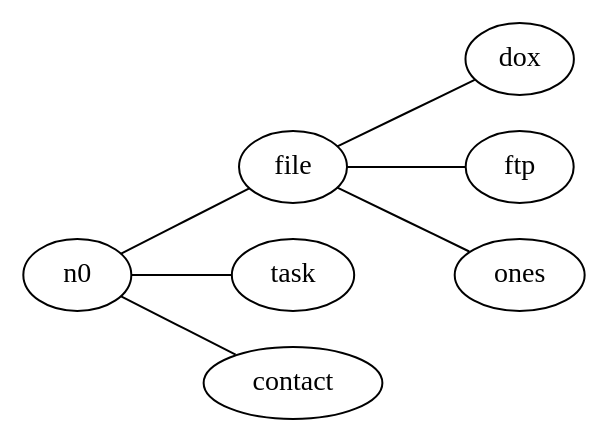
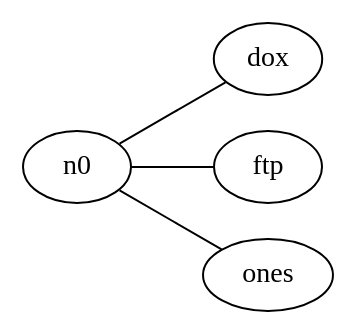
One commit to tieugene/dasarchive changed the diagram in trunk/_contrib_/all.dot. Above: the diagram before and after it, drawn with Graphviz. The commit also changed 4 other files, not shown here.

```diff
--- a/trunk/_contrib_/all.dot
+++ b/trunk/_contrib_/all.dot
@@ -1,7 +1,6 @@
 graph DasArchive {
   overlap="false";
   rankdir="LR";
   root="n0";
-  n0 -- { file; task; contact; };
-  file -- { dox; ftp; ones; };
+  n0 -- { dox; ftp; ones; };
 }
```
